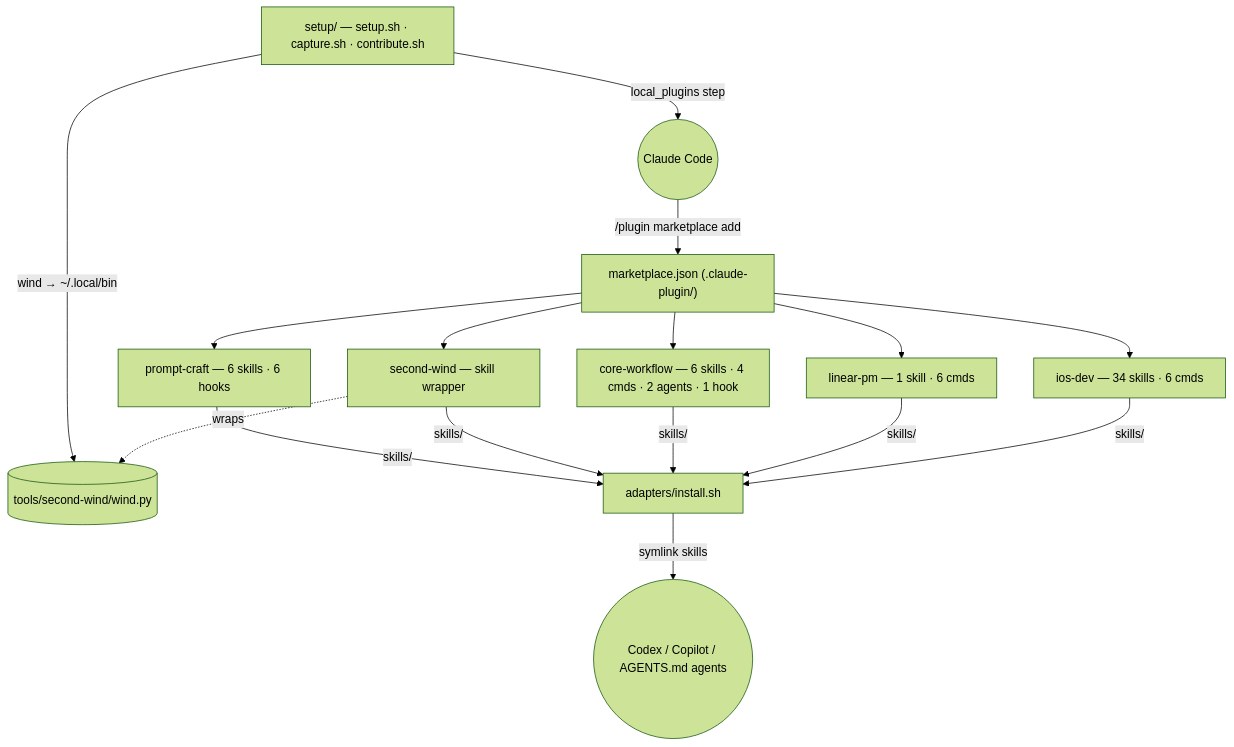
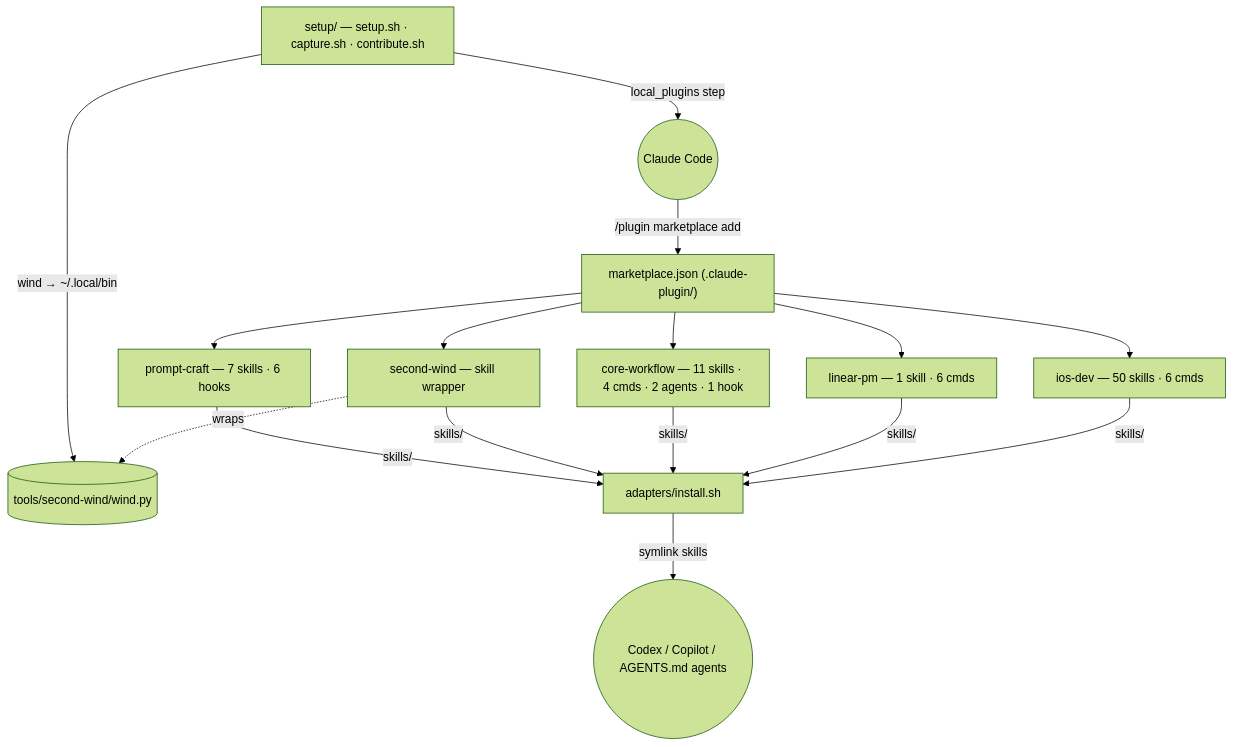
One commit to abhijitbansal/claude-skills changed the diagram in docs/architecture.md. Above: the diagram before and after it, drawn with Mermaid (forest theme). The commit also changed 87 other files, not shown here.

First line of the commit message:
feat: migrate 28 learned-lesson skills into the catalog (ios-dev 50, core-workflow 11, prompt-craft 7) (#18)

````diff
--- a/docs/architecture.md
+++ b/docs/architecture.md
@@ -15,22 +15,22 @@
 ```mermaid
 flowchart TD
   MP["marketplace.json (.claude-plugin/)"]
-  IOS["ios-dev — 34 skills · 6 cmds"]
+  IOS["ios-dev — 50 skills · 6 cmds"]
   LIN["linear-pm — 1 skill · 6 cmds"]
-  CW["core-workflow — 6 skills · 4 cmds · 2 agents · 1 hook"]
+  CW["core-workflow — 11 skills · 4 cmds · 2 agents · 1 hook"]
   SW["second-wind — skill wrapper"]
-  PC["prompt-craft — 6 skills · 6 hooks"]
+  PC["prompt-craft — 7 skills · 6 hooks"]
   WIND[("tools/second-wind/wind.py")]
   AD["adapters/install.sh"]
   SEED["setup/ — setup.sh · capture.sh · contribute.sh"]
   CC(("Claude Code"))
   OTHER(("Codex / Copilot / AGENTS.md agents"))
 
   MP --> IOS & LIN & CW & SW & PC
   SW -.->|wraps| WIND
   CC -->|"/plugin marketplace add"| MP
   SEED -->|local_plugins step| CC
   SEED -->|"wind → ~/.local/bin"| WIND
   AD -->|symlink skills| OTHER
   IOS & LIN & CW & SW & PC -->|skills/| AD
 ```
````
